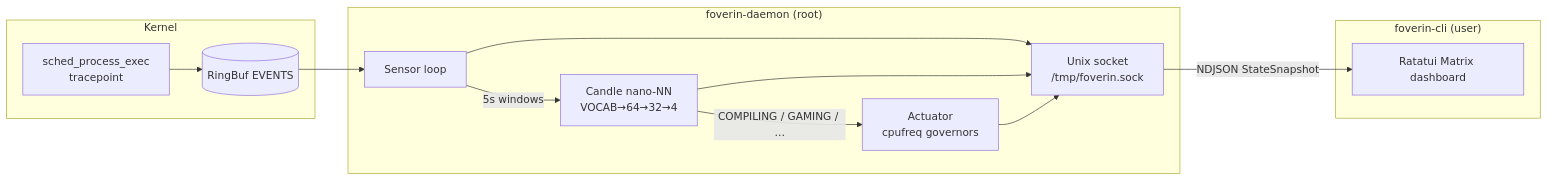
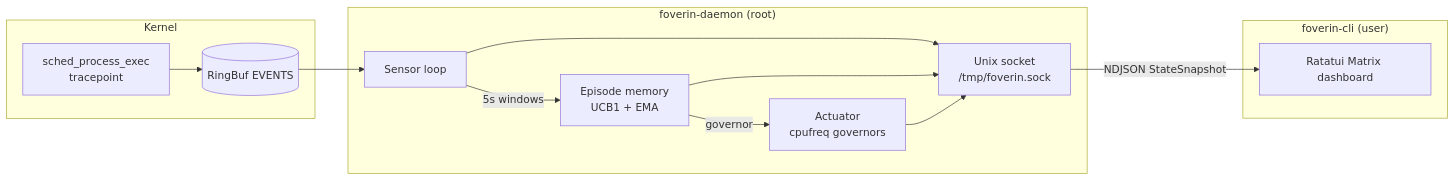
Before and after one commit to hocestnonsatis/foverin: the diagram in README.md, drawn with Mermaid. The commit also changed other lines of this file and 18 other files, not shown here.

First line of the commit message:
Replace Candle classifier with autonomous episodic memory policy.

````diff
--- a/README.md
+++ b/README.md
@@ -21,26 +21,26 @@
 ```mermaid
 flowchart LR
     subgraph Kernel
         TP["sched_process_exec<br/>tracepoint"]
         RB[(RingBuf EVENTS)]
         TP --> RB
     end
 
     subgraph "foverin-daemon (root)"
         SEN[Sensor loop]
-        NN["Candle nano-NN<br/>VOCAB→64→32→4"]
+        MEM["Episode memory<br/>UCB1 + EMA"]
         ACT["Actuator<br/>cpufreq governors"]
         UDS["Unix socket<br/>/tmp/foverin.sock"]
         RB --> SEN
-        SEN -->|"5s windows"| NN
-        NN -->|"COMPILING / GAMING / …"| ACT
+        SEN -->|"5s windows"| MEM
+        MEM -->|governor| ACT
         SEN --> UDS
-        NN --> UDS
+        MEM --> UDS
         ACT --> UDS
     end
 
     subgraph "foverin-cli (user)"
         TUI["Ratatui Matrix dashboard"]
         UDS -->|"NDJSON StateSnapshot"| TUI
     end
 ```
````
